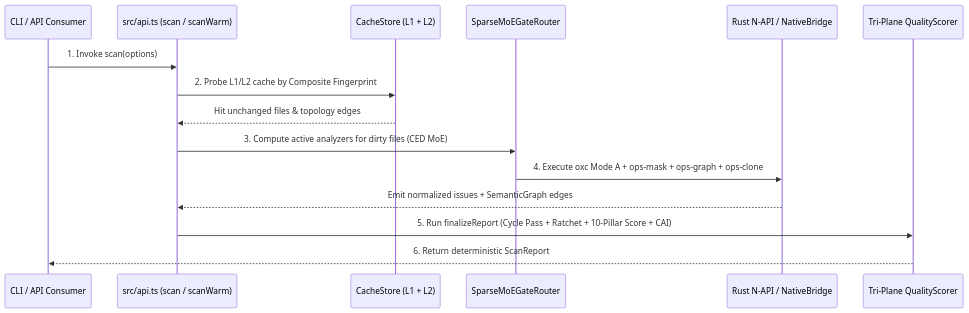
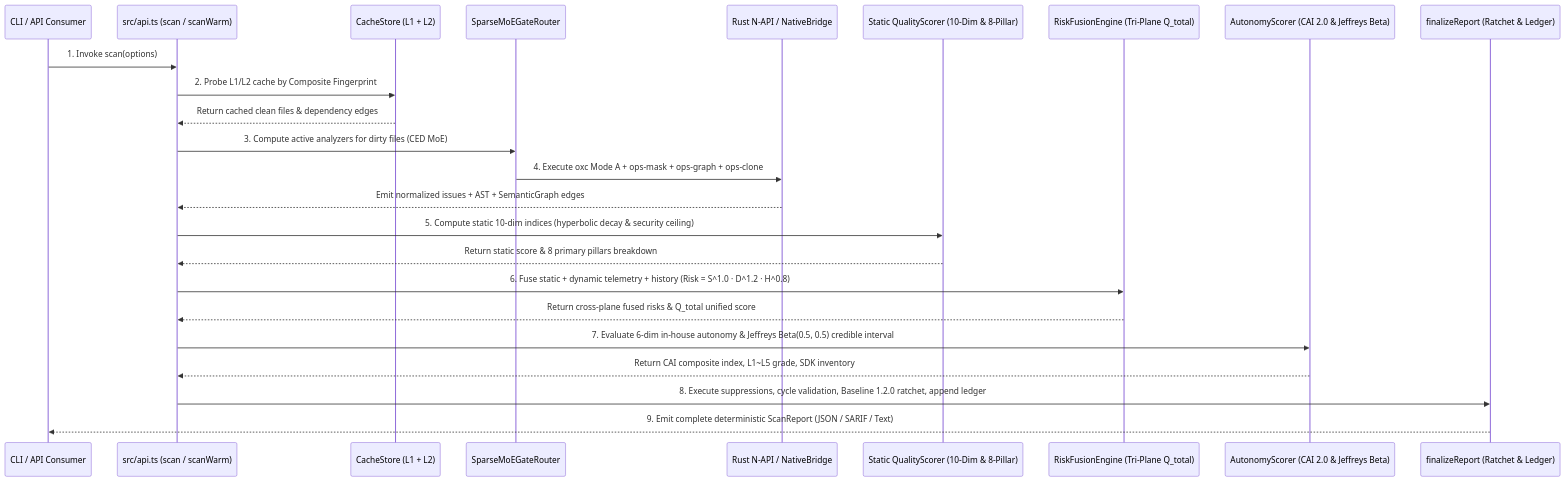
One commit to guilingzhouyi-creator/vscode-extensions changed the diagram in auto-refactor/docs/diagrams/sequence-diagram.mermaid. Above: the diagram before and after it, drawn with Mermaid. The commit also changed 28 other files, not shown here.

First line of the commit message:
docs(architecture): 全量对齐系统架构与规则体系技术文档

```diff
--- a/auto-refactor/docs/diagrams/sequence-diagram.mermaid
+++ b/auto-refactor/docs/diagrams/sequence-diagram.mermaid
@@ -1,16 +1,25 @@
 sequenceDiagram
     participant Caller as CLI / API Consumer
     participant API as src/api.ts (scan / scanWarm)
     participant Cache as CacheStore (L1 + L2)
     participant Router as SparseMoEGateRouter
     participant Native as Rust N-API / NativeBridge
-    participant Scorer as Tri-Plane QualityScorer
+    participant Scorer as Static QualityScorer (10-Dim & 8-Pillar)
+    participant Fusion as RiskFusionEngine (Tri-Plane Q_total)
+    participant Autonomy as AutonomyScorer (CAI 2.0 & Jeffreys Beta)
+    participant Finalizer as finalizeReport (Ratchet & Ledger)
 
     Caller->>API: 1. Invoke scan(options)
     API->>Cache: 2. Probe L1/L2 cache by Composite Fingerprint
-    Cache-->>API: Hit unchanged files & topology edges
+    Cache-->>API: Return cached clean files & dependency edges
     API->>Router: 3. Compute active analyzers for dirty files (CED MoE)
     Router->>Native: 4. Execute oxc Mode A + ops-mask + ops-graph + ops-clone
-    Native-->>API: Emit normalized issues + SemanticGraph edges
-    API->>Scorer: 5. Run finalizeReport (Cycle Pass + Ratchet + 10-Pillar Score + CAI)
-    Scorer-->>Caller: 6. Return deterministic ScanReport
+    Native-->>API: Emit normalized issues + AST + SemanticGraph edges
+    API->>Scorer: 5. Compute static 10-dim indices (hyperbolic decay & security ceiling)
+    Scorer-->>API: Return static score & 8 primary pillars breakdown
+    API->>Fusion: 6. Fuse static + dynamic telemetry + history (Risk = S^1.0 · D^1.2 · H^0.8)
+    Fusion-->>API: Return cross-plane fused risks & Q_total unified score
+    API->>Autonomy: 7. Evaluate 6-dim in-house autonomy & Jeffreys Beta(0.5, 0.5) credible interval
+    Autonomy-->>API: Return CAI composite index, L1~L5 grade, SDK inventory
+    API->>Finalizer: 8. Execute suppressions, cycle validation, Baseline 1.2.0 ratchet, append ledger
+    Finalizer-->>Caller: 9. Emit complete deterministic ScanReport (JSON / SARIF / Text)
```
